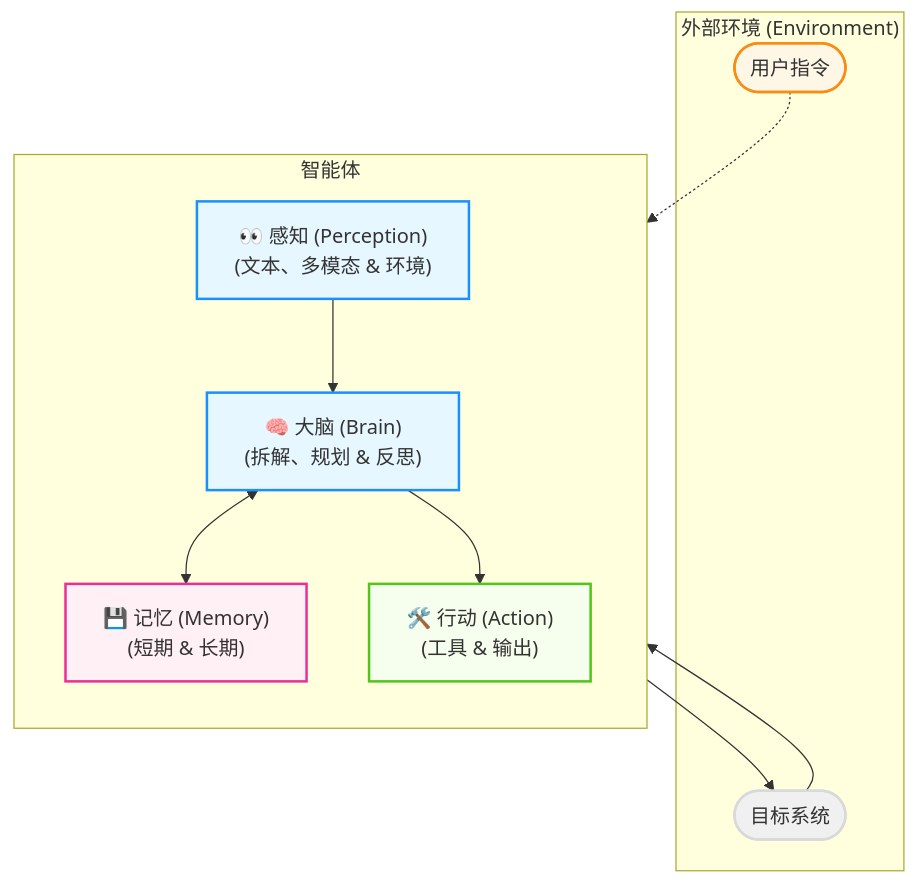
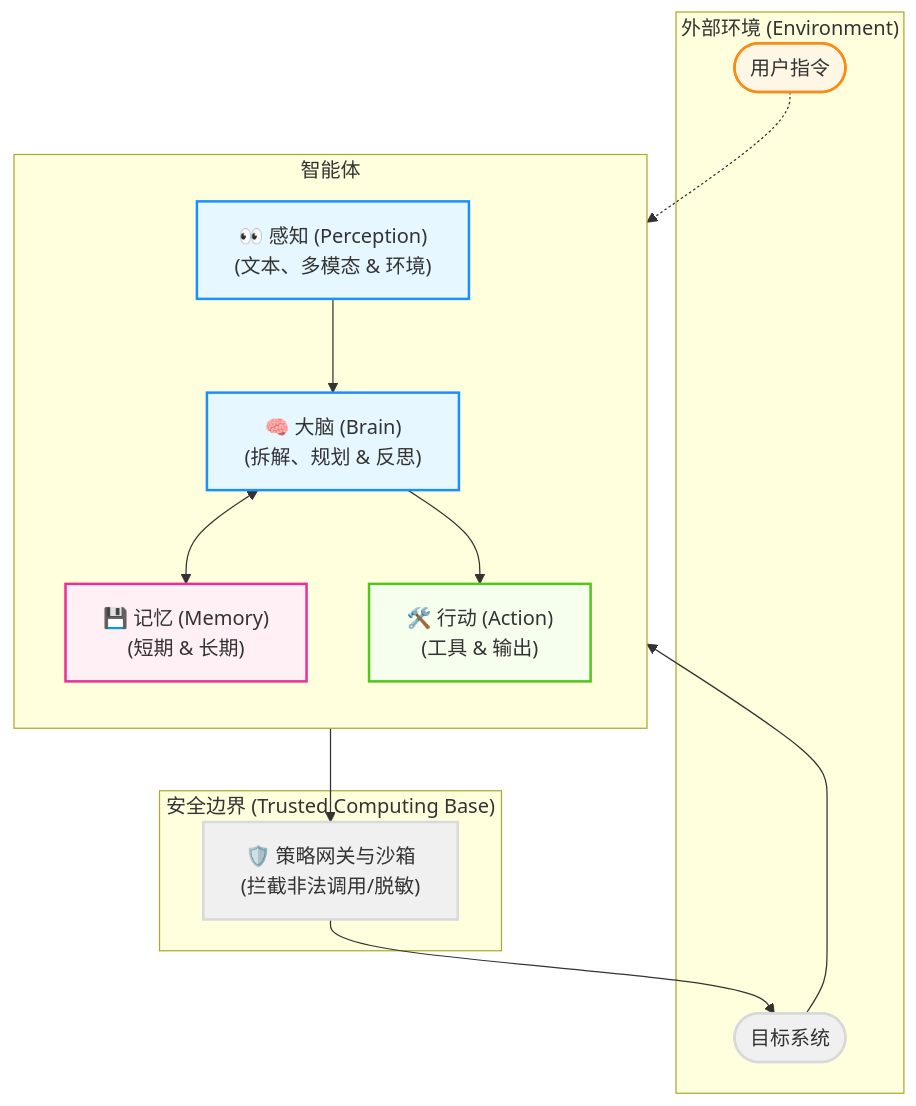
The diagram in 01_paradigm/1.3_components.md (yeasy/agentic_ai_guide), drawn with Mermaid before and after one commit. The commit also changed other lines of this file and 2 other files, not shown here.

Commit message:
Improve content

````diff
--- a/01_paradigm/1.3_components.md
+++ b/01_paradigm/1.3_components.md
@@ -11,36 +11,42 @@
 ```mermaid
 graph TD
     %% Agentic Design System
     classDef env fill:#f0f0f0,stroke:#d9d9d9,stroke-width:2px;
     classDef agent fill:#e6f7ff,stroke:#1890ff,stroke-width:2px;
     classDef memory fill:#fff0f6,stroke:#eb2f96,stroke-width:2px;
     classDef tool fill:#f6ffed,stroke:#52c41a,stroke-width:2px;
     classDef user fill:#fff7e6,stroke:#fa8c16,stroke-width:2px;
 
     subgraph Environment["外部环境 (Environment)"]
         UserNode(["用户指令"])
         SystemNode(["目标系统"])
     end
 
     subgraph Agent["智能体"]
         direction TB
         Perception["👀 感知 (Perception)<br/>(文本、多模态 & 环境)"]
         Brain["🧠 大脑 (Brain)<br/>(拆解、规划 & 反思)"]
         MemoryNode["💾 记忆 (Memory)<br/>(短期 & 长期)"]
         Action["🛠️ 行动 (Action)<br/>(工具 & 输出)"]
         
         Perception --> Brain
         Brain <--> MemoryNode
         Brain --> Action
     end
 
+    subgraph TCB["安全边界 (Trusted Computing Base)"]
+        Sandbox["🛡️ 策略网关与沙箱<br/>(拦截非法调用/脱敏)"]
+    end
+
     UserNode -.-> Perception
     SystemNode --> Perception
-    Action --> SystemNode
+    Action --> Sandbox
+    Sandbox --> SystemNode
     
     class UserNode user;
     class SystemNode env;
     class Perception,Brain agent;
     class MemoryNode memory;
     class Action tool;
+    class Sandbox env;
 ```
````
